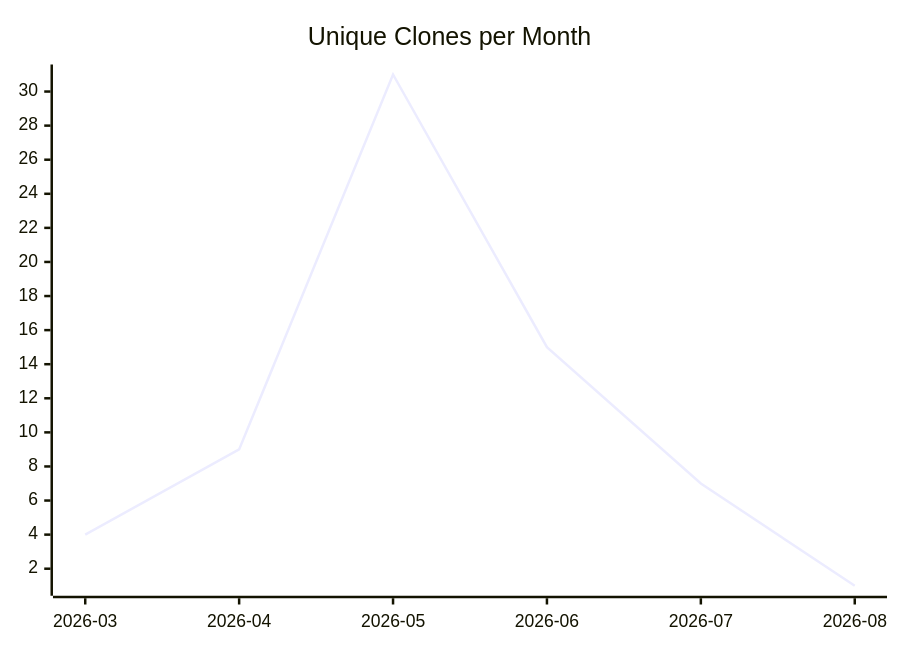
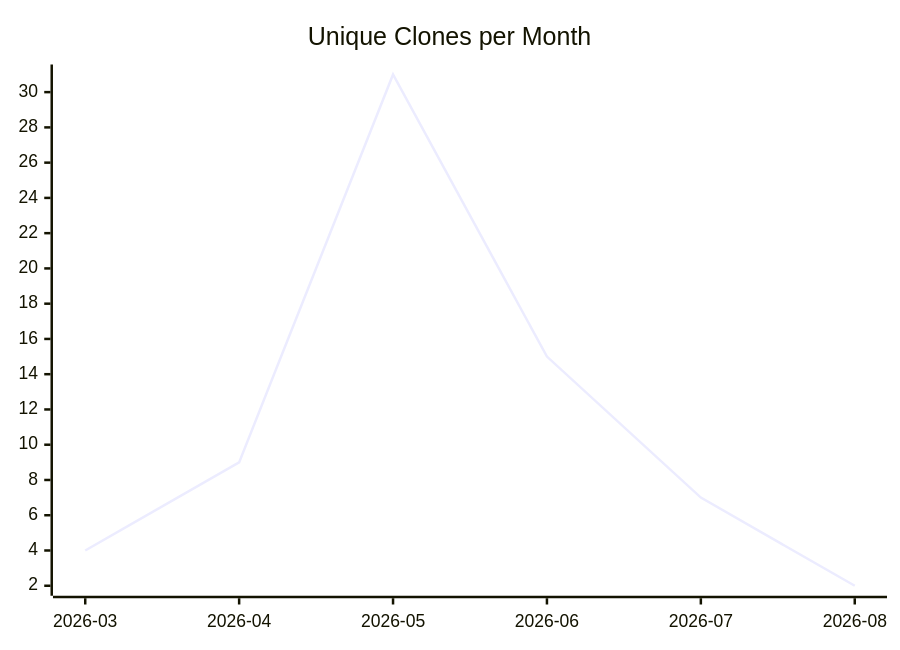
One commit to justdavis-family/github-analytics-data changed the third of 3 diagrams in karlmdavis/ansible-role-rcm-dotfiles/README.md. Above: the diagram before and after it, drawn with Mermaid. The commit also changed other lines of this file and 174 other files, not shown here.

````diff
--- a/karlmdavis/ansible-role-rcm-dotfiles/README.md
+++ b/karlmdavis/ansible-role-rcm-dotfiles/README.md
@@ -19,6 +19,6 @@
 ```mermaid
 xychart-beta
   title "Unique Clones per Month"
   x-axis ["2026-03", "2026-04", "2026-05", "2026-06", "2026-07", "2026-08"]
-  line [4, 9, 31, 15, 7, 1]
+  line [4, 9, 31, 15, 7, 2]
 ```
````
